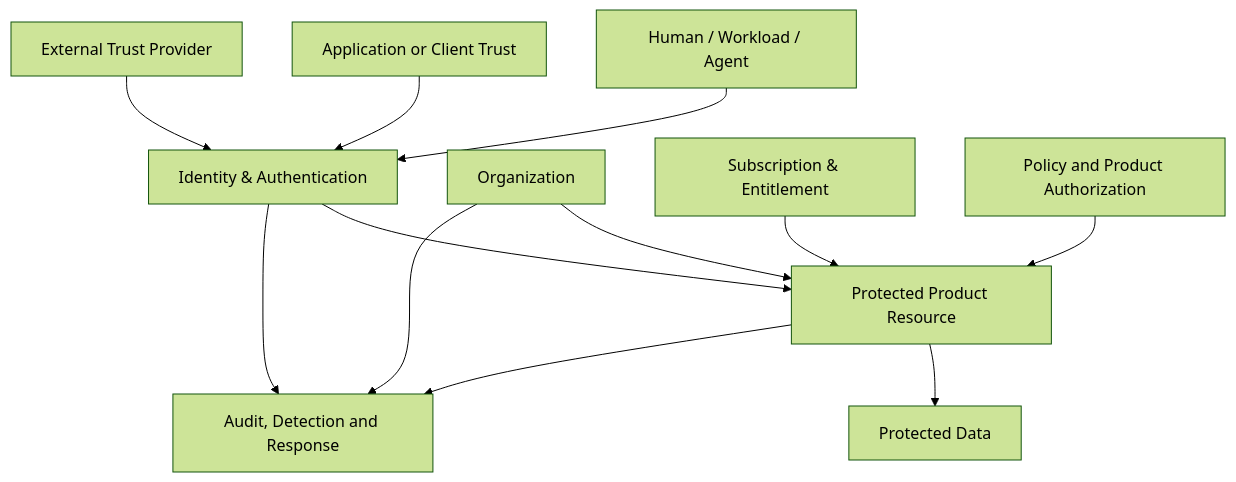
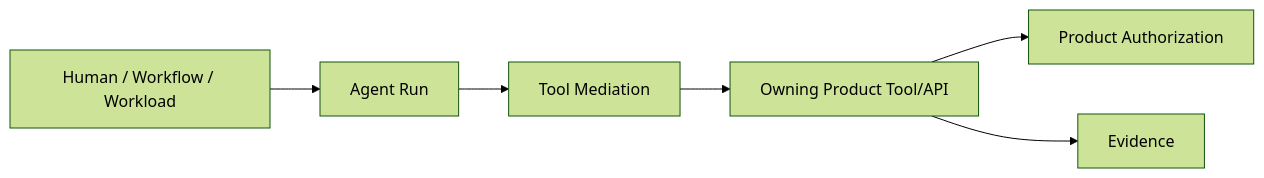
The diagram in 01-enterprise/EAD-006-enterprise-security-architecture.md (anshacerbia2/scnehaux-architecture), drawn with Mermaid (forest theme) before and after one commit. The commit also changed other lines of this file and 32 other files, not shown here.

Commit message:
rebaseline enterprise platform architecture

````diff
--- a/01-enterprise/EAD-006-enterprise-security-architecture.md
+++ b/01-enterprise/EAD-006-enterprise-security-architecture.md
@@ -83,25 +108,15 @@
 ```mermaid
-graph TB
-    ACTOR[Human / Workload / Agent]
-    APP[Application or Client Trust]
-    IAM[Identity & Authentication]
-    TEN[Organization]
-    ENT[Subscription & Entitlement]
-    POLICY[Policy and Product Authorization]
-    RESOURCE[Protected Product Resource]
-    DATA[Protected Data]
-    EXTERNAL[External Trust Provider]
-    AUDIT[Audit, Detection and Response]
+graph LR
+    USER[Human / Workflow / Workload]
+    AGENT[Agent Run]
+    TOOLGW[Tool Mediation]
+    PRODUCT[Owning Product Tool/API]
+    AUTHZ[Product Authorization]
+    EVID[Evidence]
 
-    ACTOR --> IAM
-    APP --> IAM
-    EXTERNAL --> IAM
-    IAM --> RESOURCE
-    TEN --> RESOURCE
-    ENT --> RESOURCE
-    POLICY --> RESOURCE
-    RESOURCE --> DATA
-    RESOURCE --> AUDIT
-    IAM --> AUDIT
-    TEN --> AUDIT
+    USER --> AGENT
+    AGENT --> TOOLGW
+    TOOLGW --> PRODUCT
+    PRODUCT --> AUTHZ
+    PRODUCT --> EVID
 ```
````
